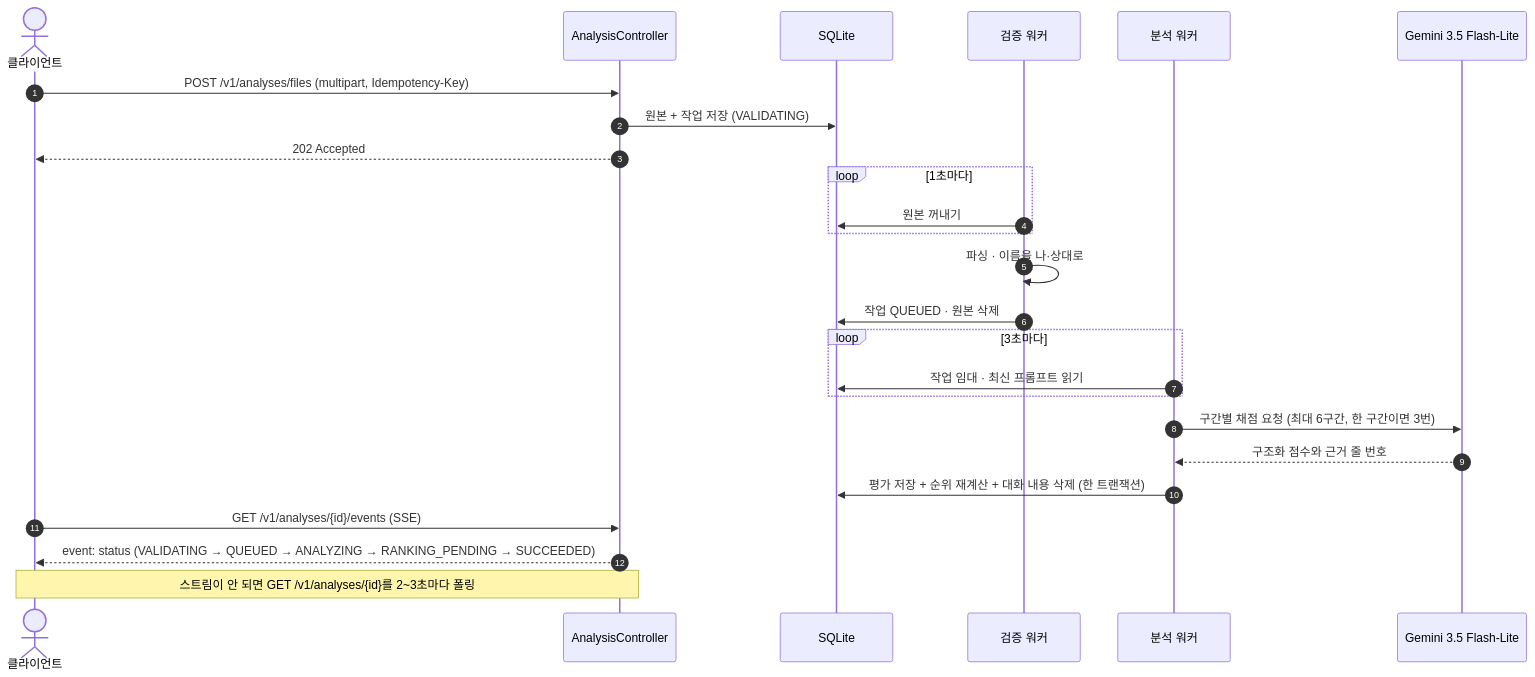
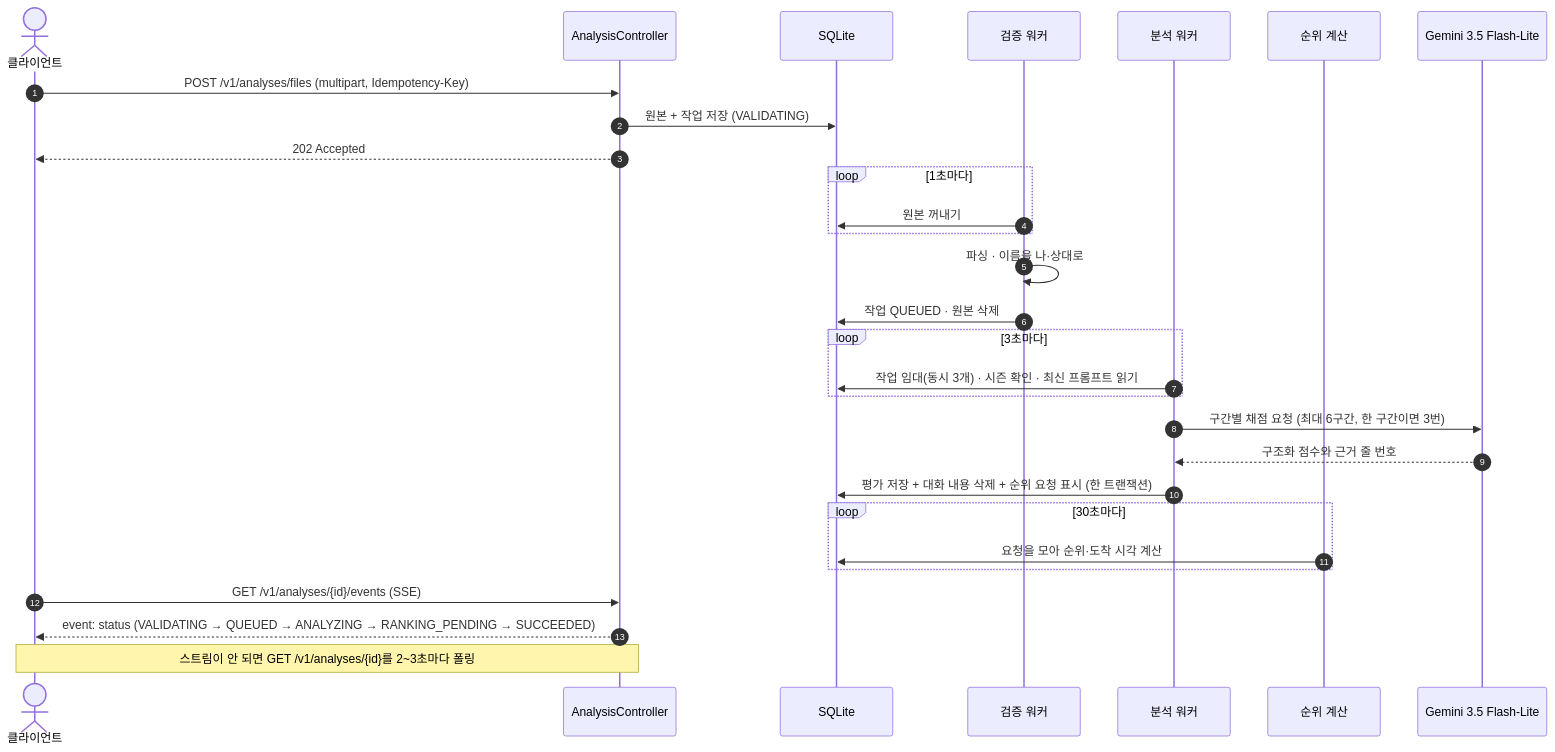
Before and after one commit to yooni9ue/santacut: the diagram in backend/README.md, drawn with Mermaid. The commit also changed other lines of this file, not shown here.

````diff
--- a/backend/README.md
+++ b/backend/README.md
@@ -116,27 +125,31 @@
 ```mermaid
 sequenceDiagram
     autonumber
     actor C as 클라이언트
     participant API as AnalysisController
     participant DB as SQLite
     participant V as 검증 워커
     participant W as 분석 워커
+    participant R as 순위 계산
     participant AI as Gemini 3.5 Flash-Lite
     C->>API: POST /v1/analyses/files (multipart, Idempotency-Key)
     API->>DB: 원본 + 작업 저장 (VALIDATING)
     API-->>C: 202 Accepted
     loop 1초마다
         V->>DB: 원본 꺼내기
     end
     V->>V: 파싱 · 이름을 나·상대로
     V->>DB: 작업 QUEUED · 원본 삭제
     loop 3초마다
-        W->>DB: 작업 임대 · 최신 프롬프트 읽기
+        W->>DB: 작업 임대(동시 3개) · 시즌 확인 · 최신 프롬프트 읽기
     end
     W->>AI: 구간별 채점 요청 (최대 6구간, 한 구간이면 3번)
     AI-->>W: 구조화 점수와 근거 줄 번호
-    W->>DB: 평가 저장 + 순위 재계산 + 대화 내용 삭제 (한 트랜잭션)
+    W->>DB: 평가 저장 + 대화 내용 삭제 + 순위 요청 표시 (한 트랜잭션)
+    loop 30초마다
+        R->>DB: 요청을 모아 순위·도착 시각 계산
+    end
     C->>API: GET /v1/analyses/{id}/events (SSE)
     API-->>C: event: status (VALIDATING → QUEUED → ANALYZING → RANKING_PENDING → SUCCEEDED)
     Note over C,API: 스트림이 안 되면 GET /v1/analyses/{id}를 2~3초마다 폴링
 ```
````
